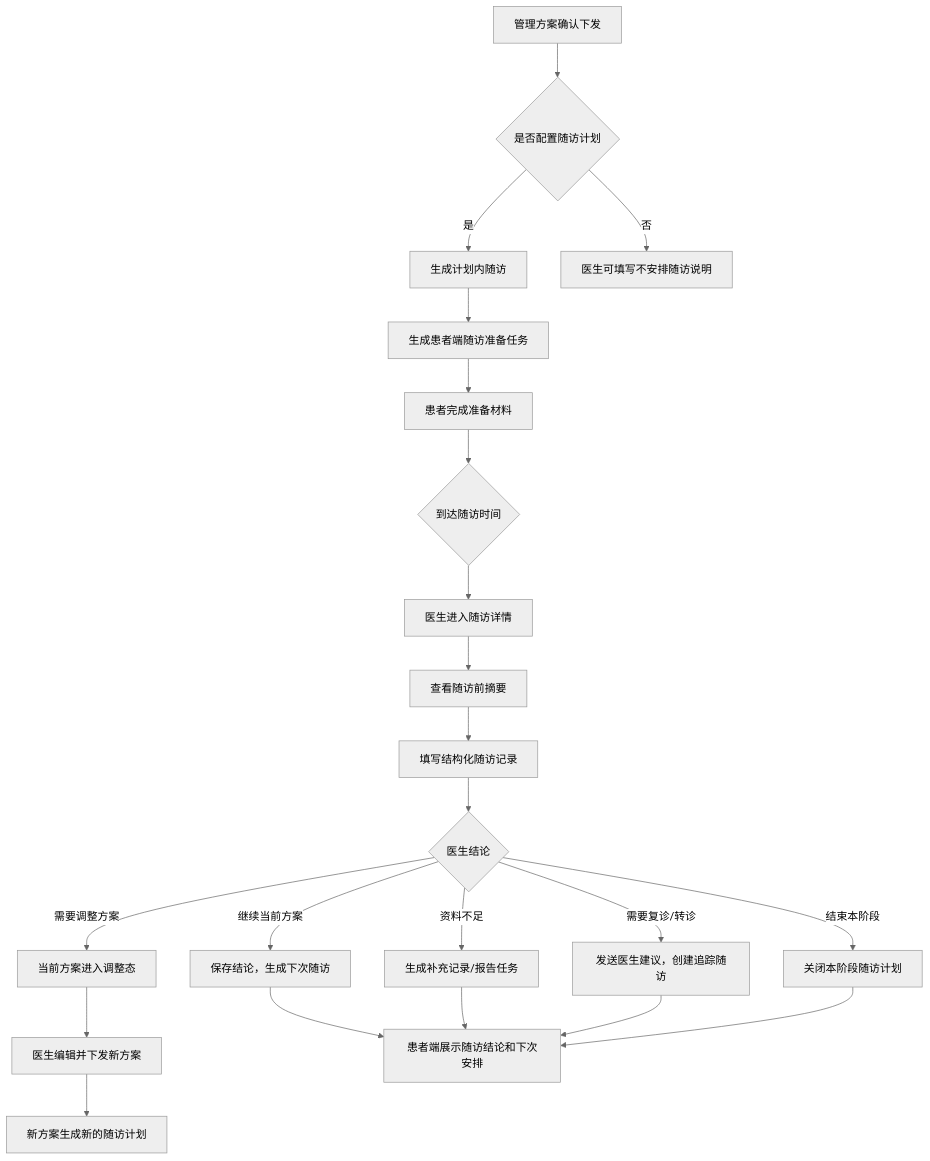
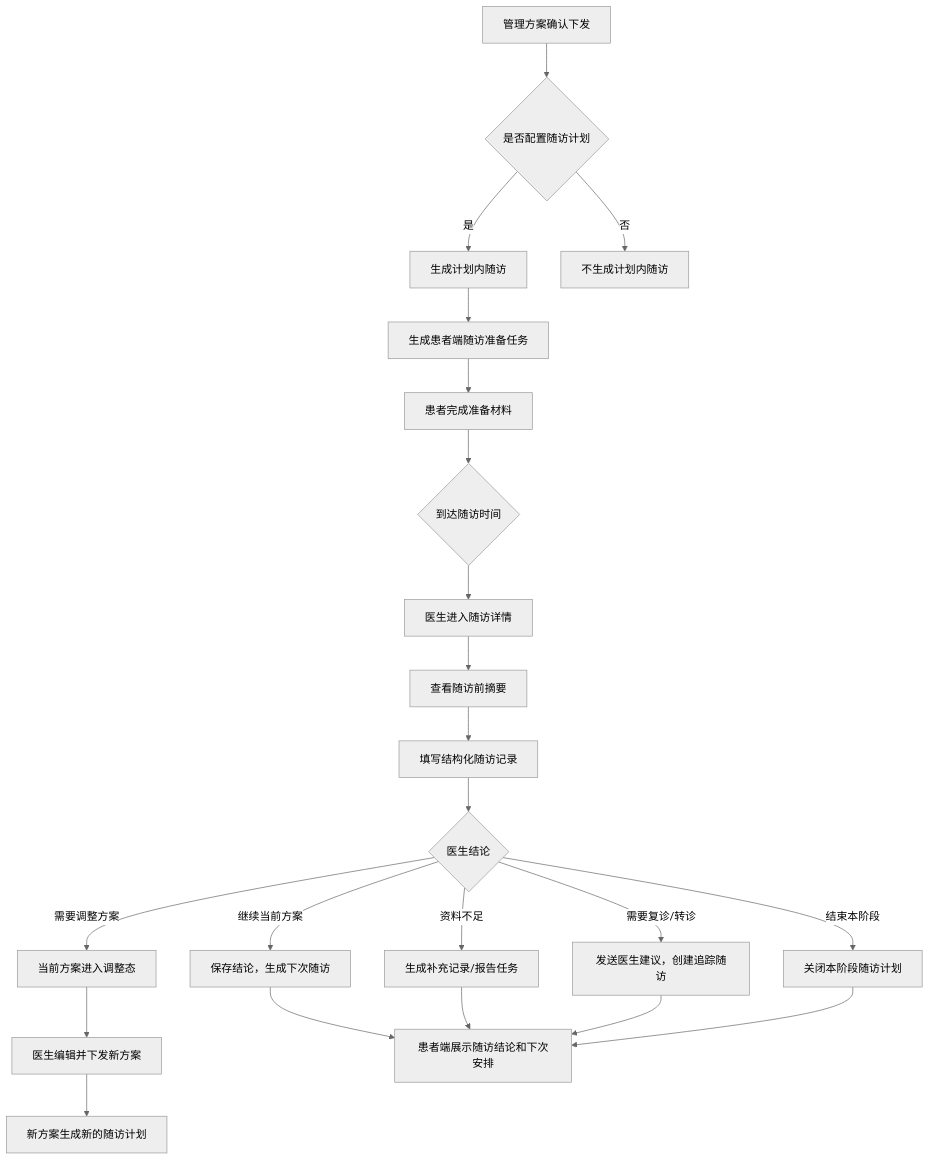
The fifth of 7 diagrams in docs/医生PC端PRD.md (supersuperman666/twin), drawn with Mermaid (neutral theme) before and after one commit. The commit also changed other lines of this file and 33 other files, not shown here.

````diff
--- a/docs/医生PC端PRD.md
+++ b/docs/医生PC端PRD.md
@@ -2252,29 +2251,29 @@
 ```mermaid
 flowchart TD
   A["管理方案确认下发"] --> B{"是否配置随访计划"}
   B -->|是| C["生成计划内随访"]
-  B -->|否| D["医生可填写不安排随访说明"]
+  B -->|否| D["不生成计划内随访"]
 
   C --> E["生成患者端随访准备任务"]
   E --> F["患者完成准备材料"]
   F --> G{"到达随访时间"}
 
   G --> H["医生进入随访详情"]
   H --> I["查看随访前摘要"]
   I --> J["填写结构化随访记录"]
 
   J --> K{"医生结论"}
   K -->|继续当前方案| L["保存结论，生成下次随访"]
   K -->|需要调整方案| M["当前方案进入调整态"]
   K -->|资料不足| N["生成补充记录/报告任务"]
   K -->|需要复诊/转诊| O["发送医生建议，创建追踪随访"]
   K -->|结束本阶段| P["关闭本阶段随访计划"]
 
   M --> Q["医生编辑并下发新方案"]
   Q --> R["新方案生成新的随访计划"]
 
   L --> S["患者端展示随访结论和下次安排"]
   N --> S
   O --> S
   P --> S
 ```
````
